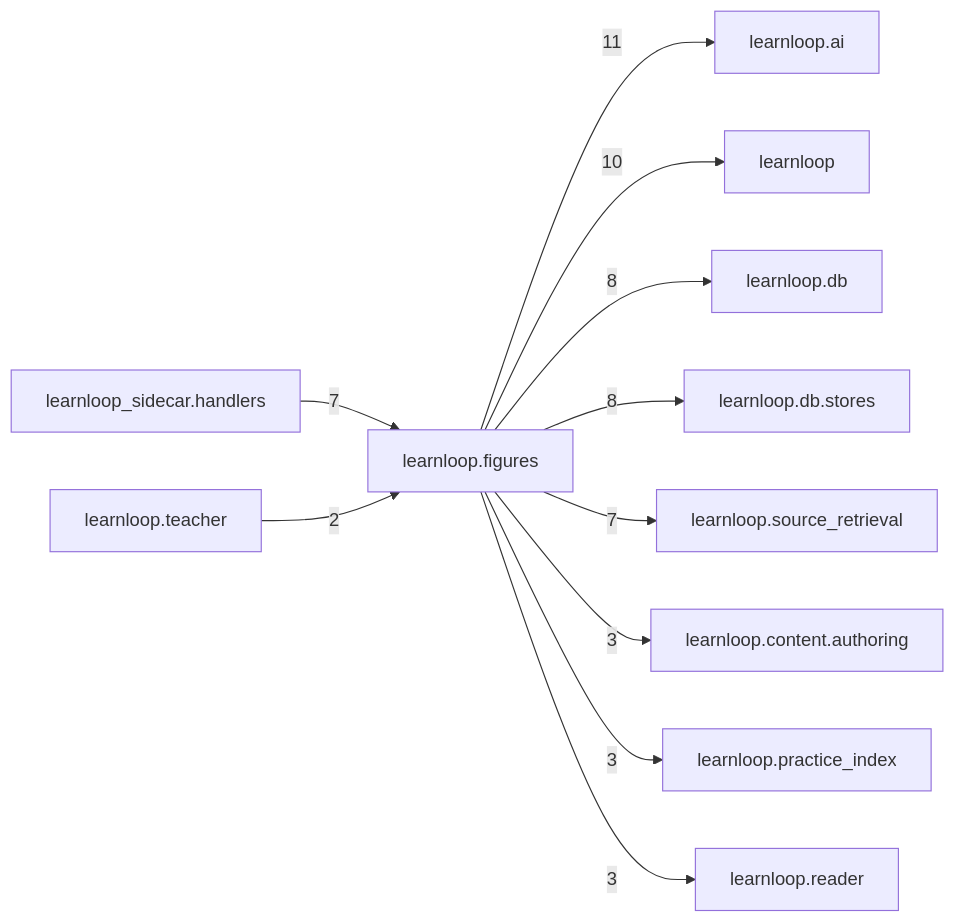
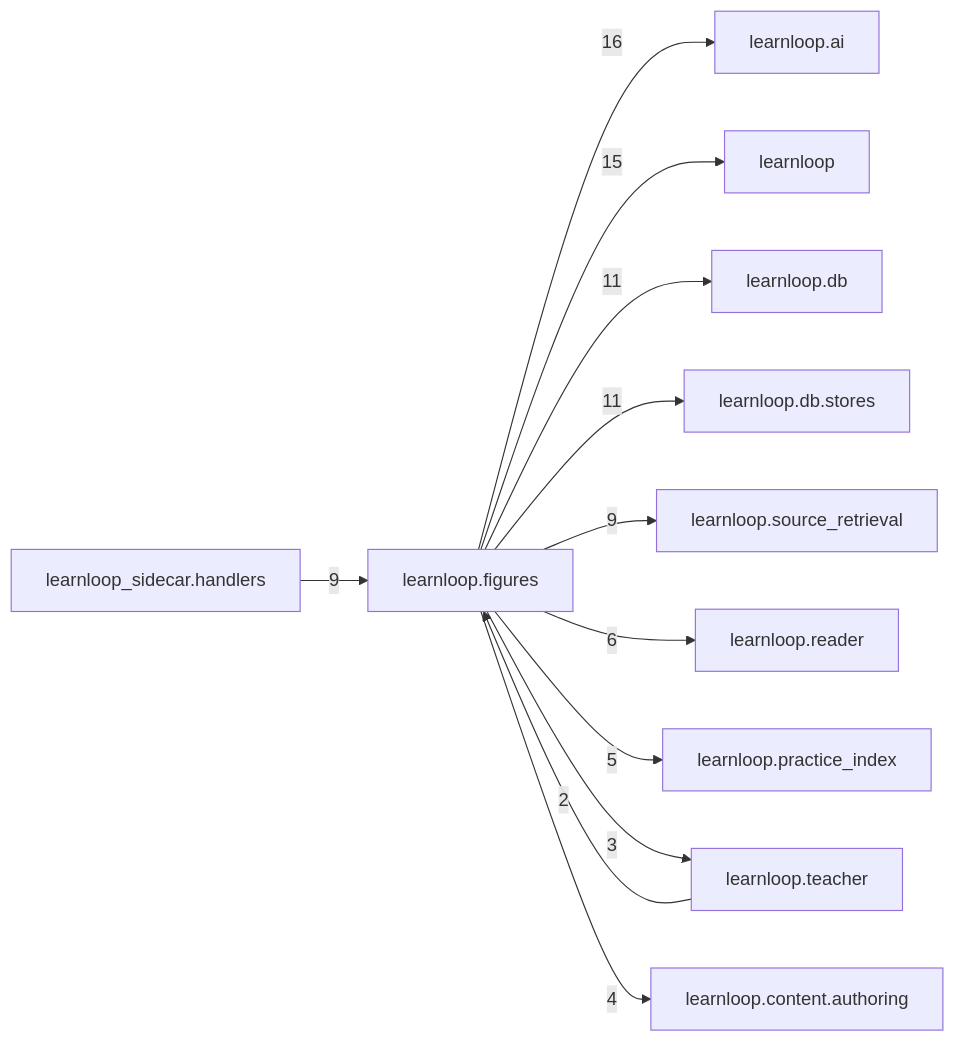
The diagram in docs/learnloop-architecture-vault/Reference/Modules/learnloop/figures/_package.md (6up-b/learnanything), drawn with Mermaid before and after one commit. The commit also changed other lines of this file and 601 other files, not shown here.

````diff
--- a/docs/learnloop-architecture-vault/Reference/Modules/learnloop/figures/_package.md
+++ b/docs/learnloop-architecture-vault/Reference/Modules/learnloop/figures/_package.md
@@ -101,24 +116,25 @@
 ```mermaid
 flowchart LR
     center["learnloop.figures"]
     n_learnloop_ai["learnloop.ai"]
     n_learnloop["learnloop"]
     n_learnloop_db["learnloop.db"]
     n_learnloop_db_stores["learnloop.db.stores"]
     n_learnloop_source_retrieval["learnloop.source_retrieval"]
     n_learnloop_sidecar_handlers["learnloop_sidecar.handlers"]
+    n_learnloop_reader["learnloop.reader"]
+    n_learnloop_practice_index["learnloop.practice_index"]
+    n_learnloop_teacher["learnloop.teacher"]
     n_learnloop_content_authoring["learnloop.content.authoring"]
-    n_learnloop_practice_index["learnloop.practice_index"]
-    n_learnloop_reader["learnloop.reader"]
-    n_learnloop_teacher["learnloop.teacher"]
-    center -->|11| n_learnloop_ai
-    center -->|10| n_learnloop
-    center -->|8| n_learnloop_db
-    center -->|8| n_learnloop_db_stores
-    center -->|7| n_learnloop_source_retrieval
-    n_learnloop_sidecar_handlers -->|7| center
-    center -->|3| n_learnloop_content_authoring
-    center -->|3| n_learnloop_practice_index
-    center -->|3| n_learnloop_reader
+    center -->|16| n_learnloop_ai
+    center -->|15| n_learnloop
+    center -->|11| n_learnloop_db
+    center -->|11| n_learnloop_db_stores
+    center -->|9| n_learnloop_source_retrieval
+    n_learnloop_sidecar_handlers -->|9| center
+    center -->|6| n_learnloop_reader
+    center -->|5| n_learnloop_practice_index
     n_learnloop_teacher -->|2| center
+    center -->|3| n_learnloop_teacher
+    center -->|4| n_learnloop_content_authoring
 ```
````
